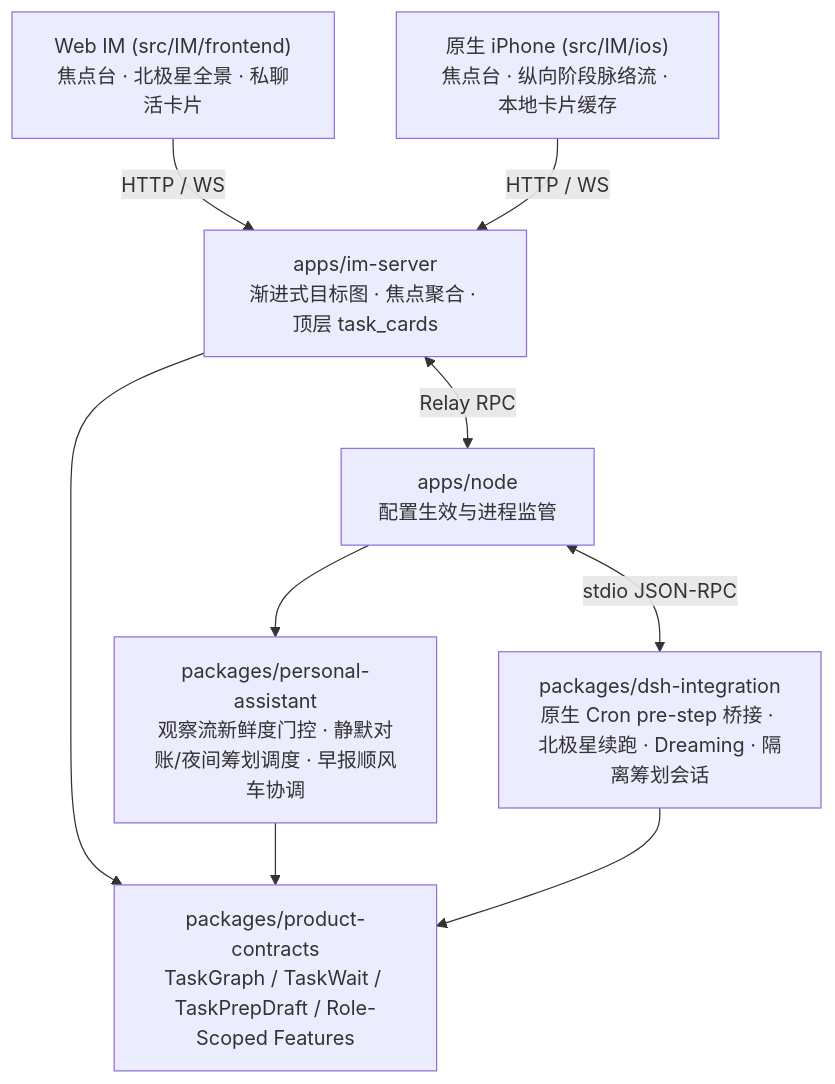
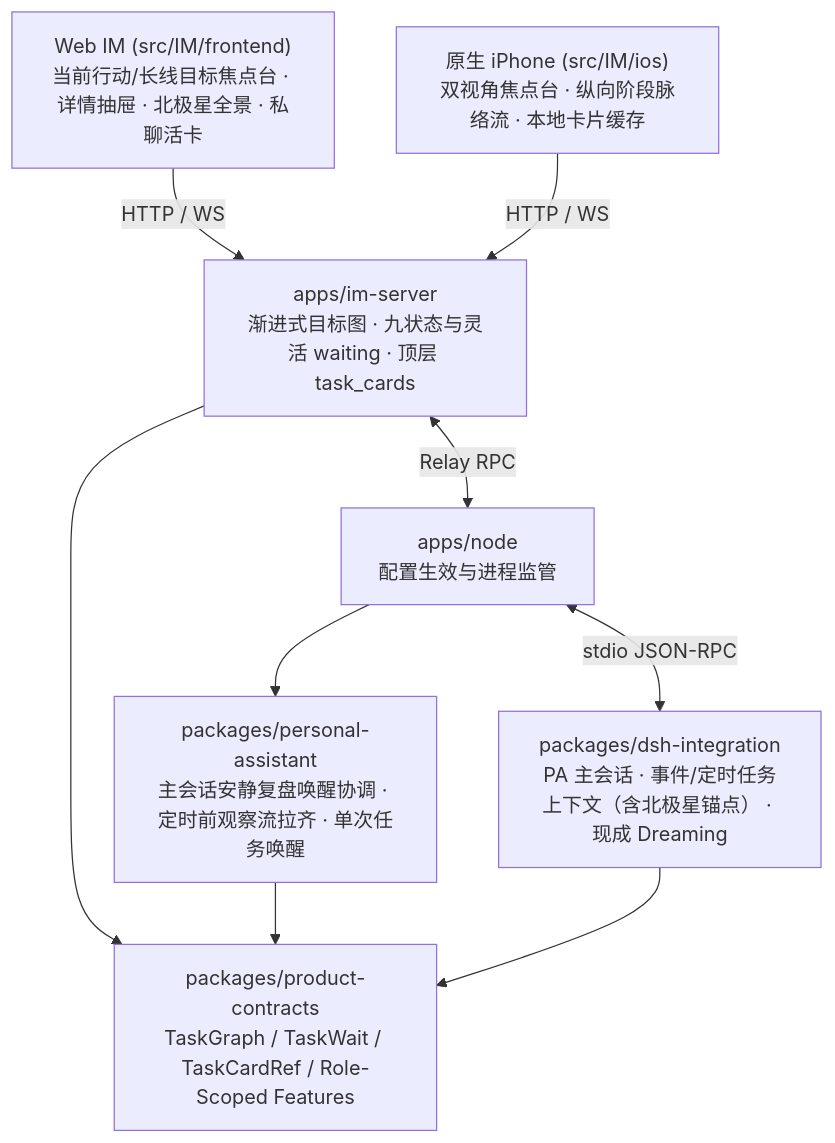
One commit to Mrchen116/nano-multiagent changed the first of 3 diagrams in docs/changes/feat-785-pa-proactivity/design.md. Above: the diagram before and after it, drawn with Mermaid. The commit also changed other lines of this file and 10 other files, not shown here.

````diff
--- a/docs/changes/feat-785-pa-proactivity/design.md
+++ b/docs/changes/feat-785-pa-proactivity/design.md
@@ -44,11 +56,11 @@
 ```mermaid
 flowchart TD
-  Web["Web IM (src/IM/frontend)<br/>焦点台 · 北极星全景 · 私聊活卡片"] -->|HTTP / WS| IM["apps/im-server<br/>渐进式目标图 · 焦点聚合 · 顶层 task_cards"]
-  iOS["原生 iPhone (src/IM/ios)<br/>焦点台 · 纵向阶段脉络流 · 本地卡片缓存"] -->|HTTP / WS| IM
+  Web["Web IM (src/IM/frontend)<br/>当前行动/长线目标焦点台 · 详情抽屉 · 北极星全景 · 私聊活卡"] -->|HTTP / WS| IM["apps/im-server<br/>渐进式目标图 · 九状态与灵活 waiting · 顶层 task_cards"]
+  iOS["原生 iPhone (src/IM/ios)<br/>双视角焦点台 · 纵向阶段脉络流 · 本地卡片缓存"] -->|HTTP / WS| IM
   IM <-->|Relay RPC| Node["apps/node<br/>配置生效与进程监管"]
-  Node --> PA["packages/personal-assistant<br/>观察流新鲜度门控 · 静默对账/夜间筹划调度 · 早报顺风车协调"]
-  Node <-->|stdio JSON-RPC| DSHInt["packages/dsh-integration<br/>原生 Cron pre-step 桥接 · 北极星续跑 · Dreaming · 隔离筹划会话"]
-  IM --> Contracts["packages/product-contracts<br/>TaskGraph / TaskWait / TaskPrepDraft / Role-Scoped Features"]
+  Node --> PA["packages/personal-assistant<br/>主会话安静复盘唤醒协调 · 定时前观察流拉齐 · 单次任务唤醒"]
+  Node <-->|stdio JSON-RPC| DSHInt["packages/dsh-integration<br/>PA 主会话 · 事件/定时任务上下文（含北极星锚点） · 现成 Dreaming"]
+  IM --> Contracts["packages/product-contracts<br/>TaskGraph / TaskWait / TaskCardRef / Role-Scoped Features"]
   PA --> Contracts
   DSHInt --> Contracts
 ```
````
